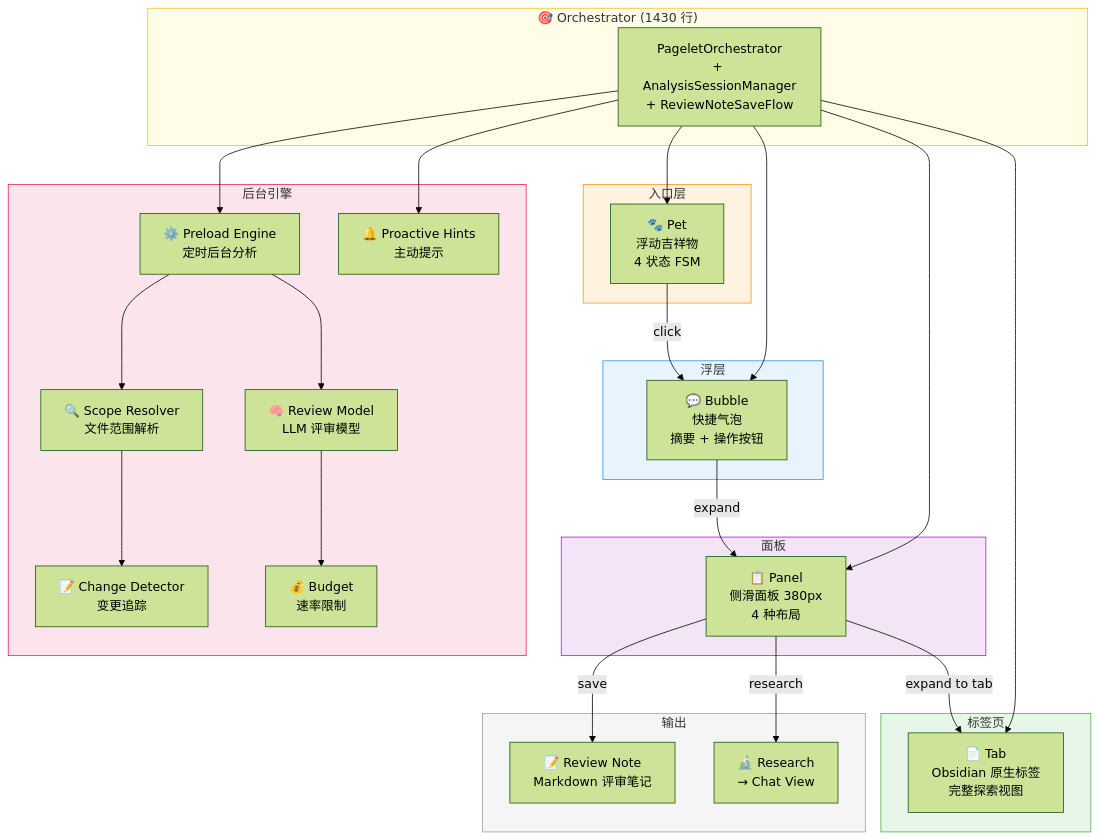
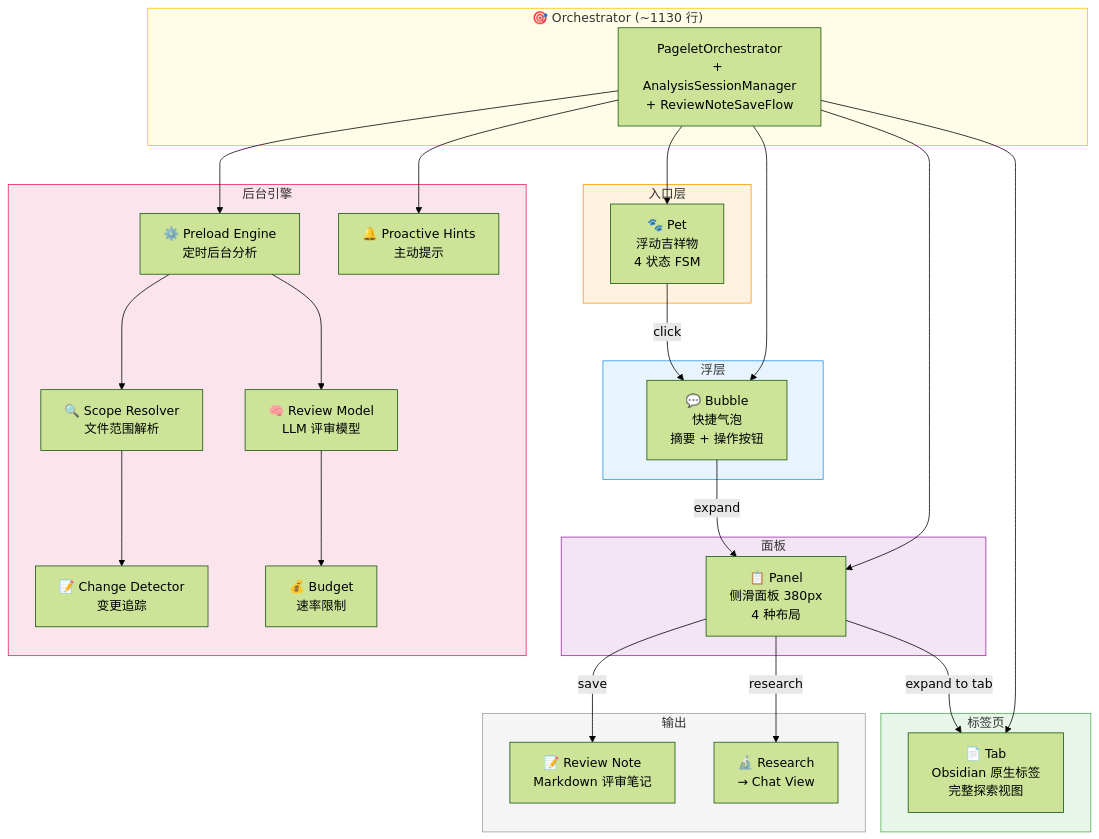
Before and after one commit to edonyzpc/personal-assistant: the seventh of 15 diagrams in docs/architecture-overview.md, drawn with Mermaid (forest theme). The commit also changed other lines of this file and 2 other files, not shown here.

First line of the commit message:
docs: fix architecture audit findings and sync tracker/roadmap status

````diff
--- a/docs/architecture-overview.md
+++ b/docs/architecture-overview.md
@@ -553,56 +557,56 @@
 ```mermaid
 graph TB
     subgraph Entry["入口层"]
         PET[🐾 Pet<br/>浮动吉祥物<br/>4 状态 FSM]
     end
 
     subgraph Overlay["浮层"]
         BUBBLE[💬 Bubble<br/>快捷气泡<br/>摘要 + 操作按钮]
     end
 
     subgraph Panel["面板"]
         PANEL[📋 Panel<br/>侧滑面板 380px<br/>4 种布局]
     end
 
     subgraph Tab["标签页"]
         TAB[📄 Tab<br/>Obsidian 原生标签<br/>完整探索视图]
     end
 
     subgraph Engine["后台引擎"]
         PRELOAD[⚙️ Preload Engine<br/>定时后台分析]
         SCOPE[🔍 Scope Resolver<br/>文件范围解析]
         CHANGE[📝 Change Detector<br/>变更追踪]
         REVIEW[🧠 Review Model<br/>LLM 评审模型]
         BUDGET[💰 Budget<br/>速率限制]
         HINTS[🔔 Proactive Hints<br/>主动提示]
     end
 
-    subgraph Orchestrator["🎯 Orchestrator (1430 行)"]
+    subgraph Orchestrator["🎯 Orchestrator (~1130 行)"]
         ORCH[PageletOrchestrator<br/>+ AnalysisSessionManager<br/>+ ReviewNoteSaveFlow]
     end
 
     subgraph Output["输出"]
         RNOTE[📝 Review Note<br/>Markdown 评审笔记]
         RESEARCH[🔬 Research<br/>→ Chat View]
     end
 
     PET -->|click| BUBBLE
     BUBBLE -->|expand| PANEL
     PANEL -->|expand to tab| TAB
 
     ORCH --> PET & BUBBLE & PANEL & TAB
     ORCH --> PRELOAD
     PRELOAD --> SCOPE --> CHANGE
     PRELOAD --> REVIEW --> BUDGET
     ORCH --> HINTS
     PANEL -->|save| RNOTE
     PANEL -->|research| RESEARCH
 
     style Entry fill:#fff3e0,stroke:#ff9800
     style Overlay fill:#e8f4fd,stroke:#2196f3
     style Panel fill:#f3e5f5,stroke:#9c27b0
     style Tab fill:#e8f5e9,stroke:#4caf50
     style Engine fill:#fce4ec,stroke:#e91e63
     style Orchestrator fill:#fffde7,stroke:#ffc107
     style Output fill:#f5f5f5,stroke:#9e9e9e
 ```
````
